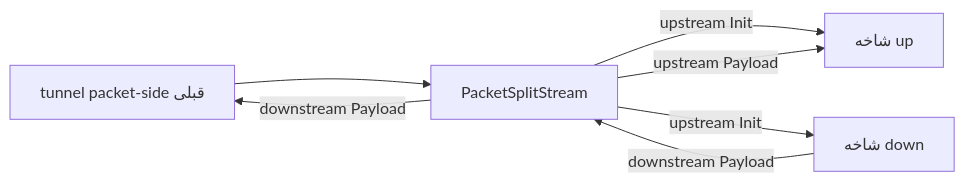
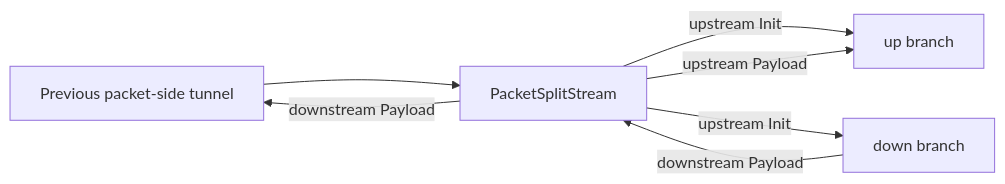
The diagram in i18n/fa/docusaurus-plugin-content-docs/current/02-noderefs/PacketSplitStream.mdx (radkesvat/WaterWall-Docs), drawn with Mermaid before and after one commit. The commit also changed other lines of this file and 208 other files, not shown here.

````diff
--- a/i18n/fa/docusaurus-plugin-content-docs/current/02-noderefs/PacketSplitStream.mdx
+++ b/i18n/fa/docusaurus-plugin-content-docs/current/02-noderefs/PacketSplitStream.mdx
@@ -63,9 +124,9 @@
 ```mermaid
 flowchart LR
-    P[tunnel packet-side قبلی] --> S[PacketSplitStream]
-    S -- upstream Init --> U[شاخه up]
-    S -- upstream Init --> D[شاخه down]
+    P[Previous packet-side tunnel] --> S[PacketSplitStream]
+    S -- upstream Init --> U[up branch]
+    S -- upstream Init --> D[down branch]
     S -- upstream Payload --> U
     D -- downstream Payload --> S
     S -- downstream Payload --> P
 ```
````
